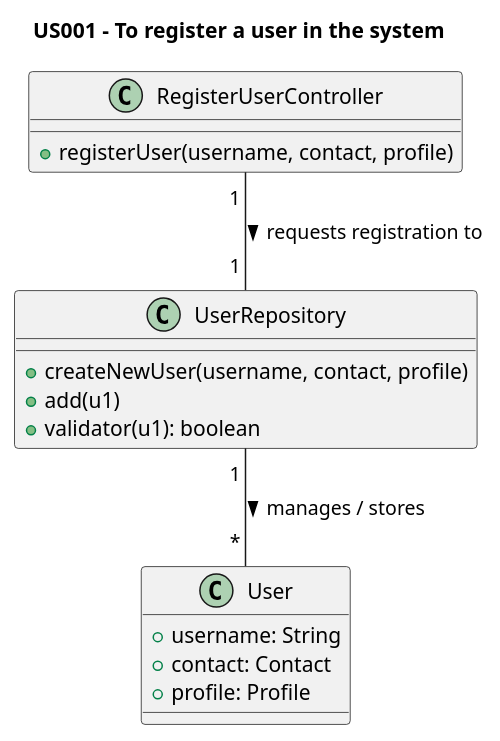
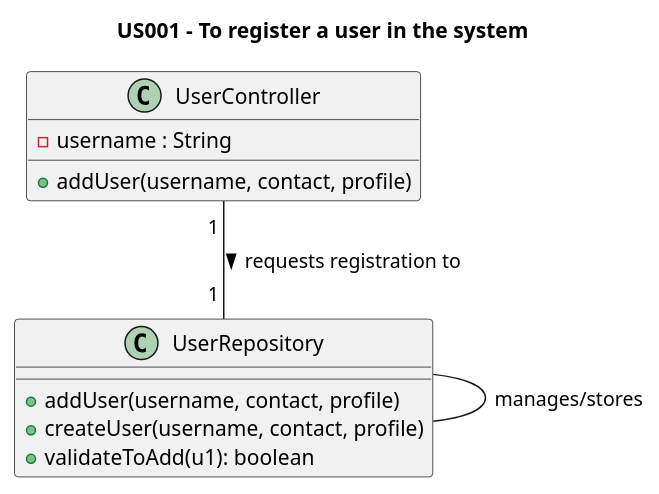
One commit to AndrePereiraGitH/SWitCH-Project-Team_A changed the diagram in Diagrams/ClassDiagrams/US001-to-register-a-user.puml. Above: the diagram before and after it, drawn with PlantUML. The commit also changed 3 other files, not shown here.

Commit message:
US004 - Update Sequence and Class diagrams. #58; #59

```diff
--- a/Diagrams/ClassDiagrams/US001-to-register-a-user.puml
+++ b/Diagrams/ClassDiagrams/US001-to-register-a-user.puml
@@ -1,25 +1,20 @@
 @startuml
 title US001 - To register a user in the system
 
-class RegisterUserController {
-  +registerUser(username, contact, profile)
+class UserController {
+  - username : String
+  +addUser(username, contact, profile)
 }
 
 class UserRepository {
-  +createNewUser(username, contact, profile)
-  +add(u1)
-  +validator(u1): boolean
-}
-
-class User {
-  +username: String
-  +contact: Contact
-  +profile: Profile
+  +addUser(username, contact, profile)
+  +createUser(username, contact, profile)
+  +validateToAdd(u1): boolean
 }
 
 ' Interactions
 
-RegisterUserController "1 " -- "1 " UserRepository : requests registration to >
-UserRepository "1 " -- " * " User : manages / stores >
+UserController "1 " -- "1 " UserRepository : requests registration to >
+UserRepository  --  UserRepository : manages/stores
 
 @enduml
```
